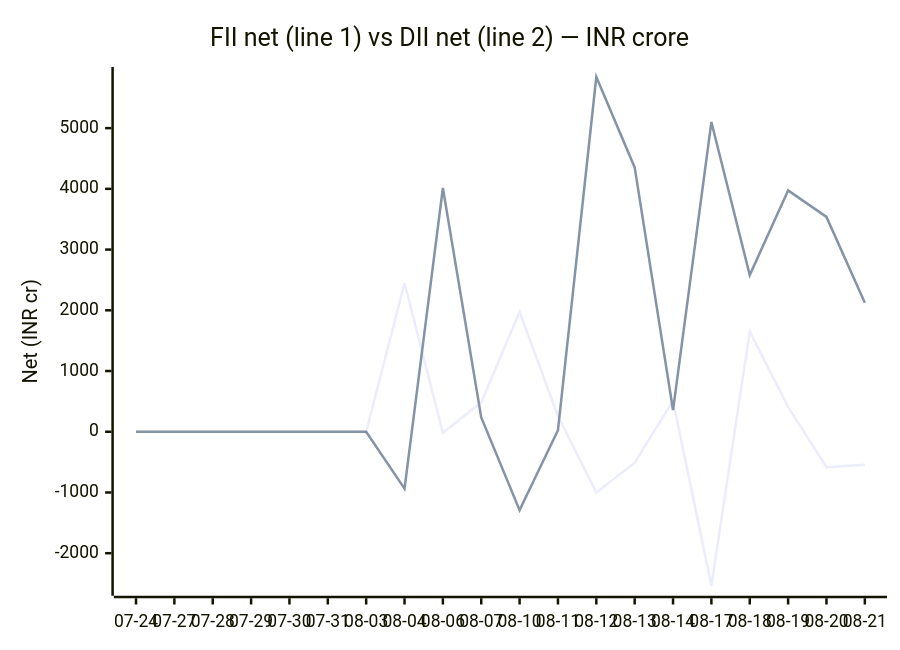
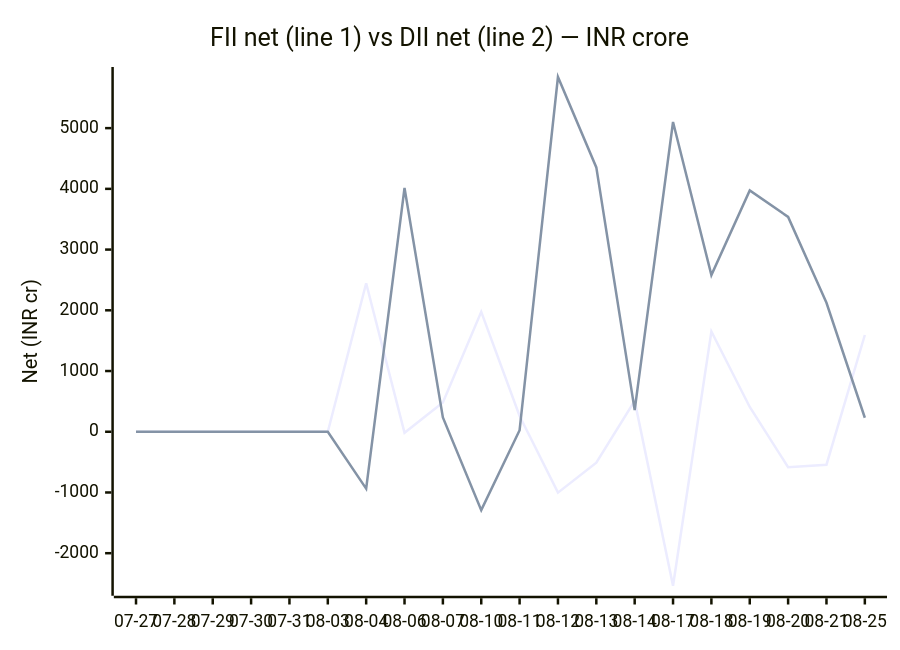
Before and after one commit to chirag127/fii-dii-activity-api: the second of 2 diagrams in README.md, drawn with Mermaid. The commit also changed 2 other files, not shown here.

Commit message:
data: scrape 2026-08-26

````diff
--- a/README.md
+++ b/README.md
@@ -53,8 +53,8 @@
 ```mermaid
 xychart-beta
     title "FII net (line 1) vs DII net (line 2) — INR crore"
-    x-axis ["07-24", "07-27", "07-28", "07-29", "07-30", "07-31", "08-03", "08-04", "08-06", "08-07", "08-10", "08-11", "08-12", "08-13", "08-14", "08-17", "08-18", "08-19", "08-20", "08-21"]
+    x-axis ["07-27", "07-28", "07-29", "07-30", "07-31", "08-03", "08-04", "08-06", "08-07", "08-10", "08-11", "08-12", "08-13", "08-14", "08-17", "08-18", "08-19", "08-20", "08-21", "08-25"]
     y-axis "Net (INR cr)" -2536 --> 5842
-    line [0, 0, 0, 0, 0, 0, 0, 2446.47, -17.86, 480.24, 1974.76, 258.55, -1002.5, -510.69, 508.12, -2535.1, 1651.53, 407.99, -583.36, -542.71]
-    line [0, 0, 0, 0, 0, 0, 0, -936.14, 4013.6, 235.56, -1290.29, 24.77, 5841.66, 4353.09, 356.4, 5101.46, 2579.31, 3973.72, 3537.71, 2124.14]
+    line [0, 0, 0, 0, 0, 0, 2446.47, -17.86, 480.24, 1974.76, 258.55, -1002.5, -510.69, 508.12, -2535.1, 1651.53, 407.99, -583.36, -542.71, 1593.53]
+    line [0, 0, 0, 0, 0, 0, -936.14, 4013.6, 235.56, -1290.29, 24.77, 5841.66, 4353.09, 356.4, 5101.46, 2579.31, 3973.72, 3537.71, 2124.14, 230.26]
 ```
````
